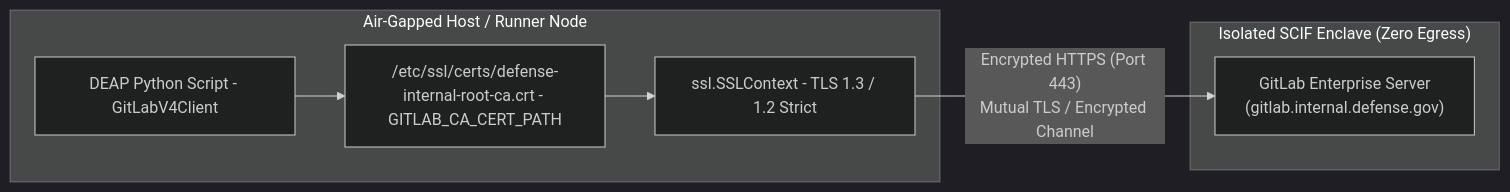
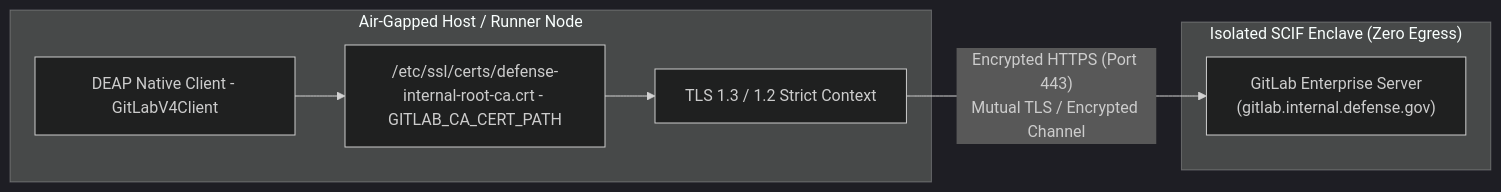
One commit to gintatkinson/DEAP01-spec-core changed diagram 11 of 19 in docs/architecture/blueprints/MULTI_PROVIDER_GITLAB_INFRASTRUCTURE_ARCHITECTURE.md. Above: the diagram before and after it, drawn with Mermaid (dark theme). The commit also changed other lines of this file and 162 other files, not shown here.

Commit message:
feat(verify-baseline,compile-sysml,ingest-sysml,deap-core): enforce Check 36 per-item 7-section docstring gate, Check 33 zero-Python content scanner, FEAT-42 source AST ingestion and docstring synthesizer, and 12-check defect dossier validator (refs #465, #466, #467, #468, #469)

````diff
--- a/docs/architecture/blueprints/MULTI_PROVIDER_GITLAB_INFRASTRUCTURE_ARCHITECTURE.md
+++ b/docs/architecture/blueprints/MULTI_PROVIDER_GITLAB_INFRASTRUCTURE_ARCHITECTURE.md
@@ -869,16 +869,16 @@
 ```mermaid
 flowchart LR
     subgraph Air_Gapped_Host ["Air-Gapped Host / Runner Node"]
-        Client_Script["DEAP Python Script - GitLabV4Client"]
+        Client_Script["DEAP Native Client - GitLabV4Client"]
         CA_Store["/etc/ssl/certs/defense-internal-root-ca.crt - GITLAB_CA_CERT_PATH"]
-        Custom_SSL["ssl.SSLContext - TLS 1.3 / 1.2 Strict"]
+        Custom_SSL["TLS 1.3 / 1.2 Strict Context"]
     end
 
     subgraph Enclave_Network ["Isolated SCIF Enclave (Zero Egress)"]
         GL_Server["GitLab Enterprise Server\n(gitlab.internal.defense.gov)"]
     end
 
     Client_Script --> CA_Store
     CA_Store --> Custom_SSL
     Custom_SSL -->|"Encrypted HTTPS (Port 443)\nMutual TLS / Encrypted Channel"| GL_Server
 ```
````
